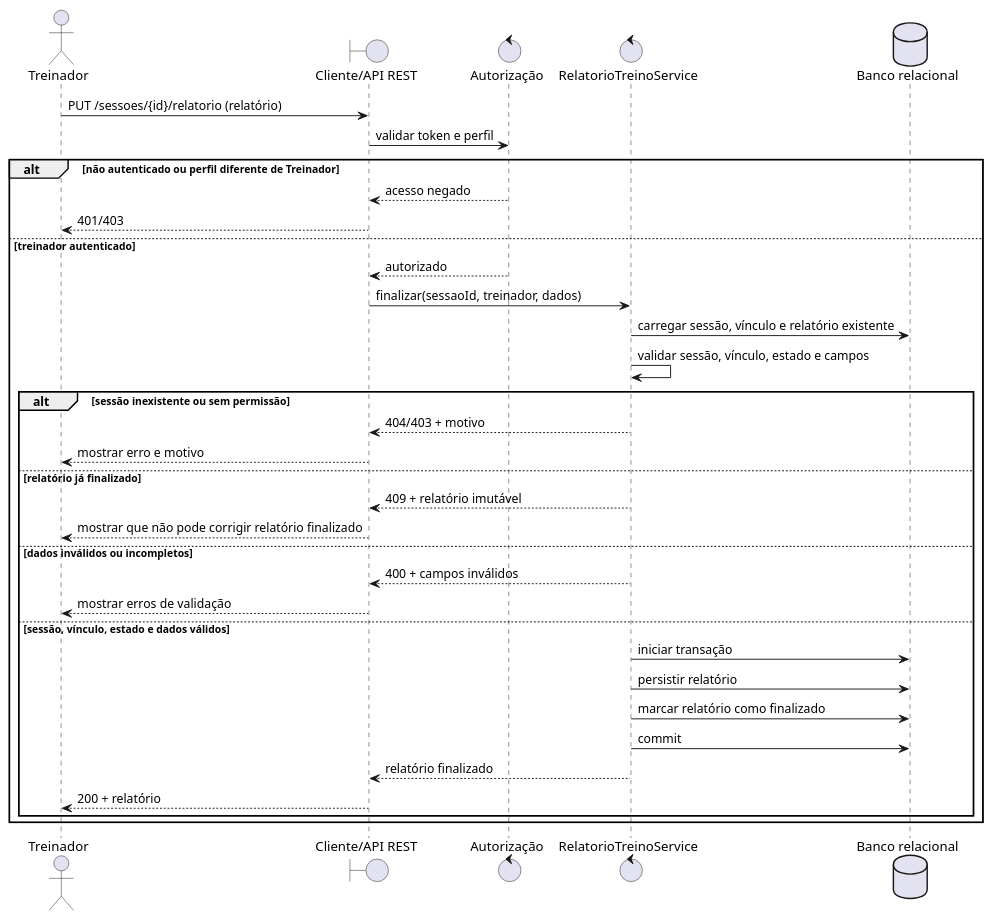
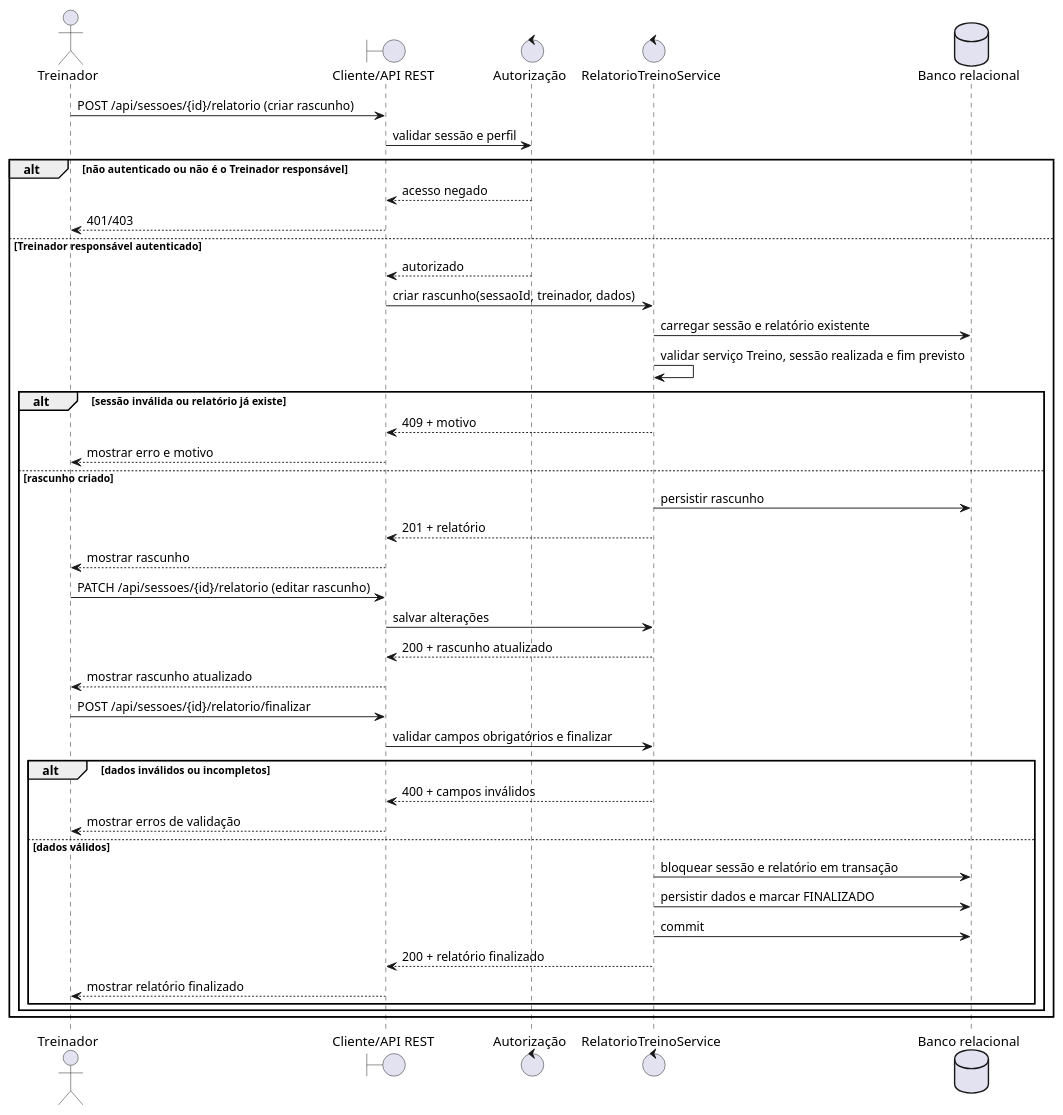
One commit to Projetos-de-Extensao/PECDII_26.2_8001_I changed the second of 2 diagrams in docs/Elaboracao/diagrama_de_sequencia.md. Above: the diagram before and after it, drawn with PlantUML. The commit also changed other lines of this file and 86 other files, not shown here.

````diff
--- a/docs/Elaboracao/diagrama_de_sequencia.md
+++ b/docs/Elaboracao/diagrama_de_sequencia.md
@@ -54,38 +54,45 @@
 ```plantuml
 @startuml finalizar_relatorio_treino
 actor Treinador
 boundary "Cliente/API REST" as API
 control "Autorização" as Auth
 control "RelatorioTreinoService" as Relatorio
 database "Banco relacional" as DB
 
-Treinador -> API: PUT /sessoes/{id}/relatorio (relatório)
-API -> Auth: validar token e perfil
-alt não autenticado ou perfil diferente de Treinador
+Treinador -> API: POST /api/sessoes/{id}/relatorio (criar rascunho)
+API -> Auth: validar sessão e perfil
+alt não autenticado ou não é o Treinador responsável
   Auth --> API: acesso negado
   API --> Treinador: 401/403
-else treinador autenticado
+else Treinador responsável autenticado
   Auth --> API: autorizado
-  API -> Relatorio: finalizar(sessaoId, treinador, dados)
-  Relatorio -> DB: carregar sessão, vínculo e relatório existente
-  Relatorio -> Relatorio: validar sessão, vínculo, estado e campos
-  alt sessão inexistente ou sem permissão
-    Relatorio --> API: 404/403 + motivo
+  API -> Relatorio: criar rascunho(sessaoId, treinador, dados)
+  Relatorio -> DB: carregar sessão e relatório existente
+  Relatorio -> Relatorio: validar serviço Treino, sessão realizada e fim previsto
+  alt sessão inválida ou relatório já existe
+    Relatorio --> API: 409 + motivo
     API --> Treinador: mostrar erro e motivo
-  else relatório já finalizado
-    Relatorio --> API: 409 + relatório imutável
-    API --> Treinador: mostrar que não pode corrigir relatório finalizado
-  else dados inválidos ou incompletos
-    Relatorio --> API: 400 + campos inválidos
-    API --> Treinador: mostrar erros de validação
-  else sessão, vínculo, estado e dados válidos
-    Relatorio -> DB: iniciar transação
-    Relatorio -> DB: persistir relatório
-    Relatorio -> DB: marcar relatório como finalizado
-    Relatorio -> DB: commit
-    Relatorio --> API: relatório finalizado
-    API --> Treinador: 200 + relatório
+  else rascunho criado
+    Relatorio -> DB: persistir rascunho
+    Relatorio --> API: 201 + relatório
+    API --> Treinador: mostrar rascunho
+    Treinador -> API: PATCH /api/sessoes/{id}/relatorio (editar rascunho)
+    API -> Relatorio: salvar alterações
+    Relatorio --> API: 200 + rascunho atualizado
+    API --> Treinador: mostrar rascunho atualizado
+    Treinador -> API: POST /api/sessoes/{id}/relatorio/finalizar
+    API -> Relatorio: validar campos obrigatórios e finalizar
+    alt dados inválidos ou incompletos
+      Relatorio --> API: 400 + campos inválidos
+      API --> Treinador: mostrar erros de validação
+    else dados válidos
+      Relatorio -> DB: bloquear sessão e relatório em transação
+      Relatorio -> DB: persistir dados e marcar FINALIZADO
+      Relatorio -> DB: commit
+      Relatorio --> API: 200 + relatório finalizado
+      API --> Treinador: mostrar relatório finalizado
+    end
   end
 end
 @enduml
 ```
````
